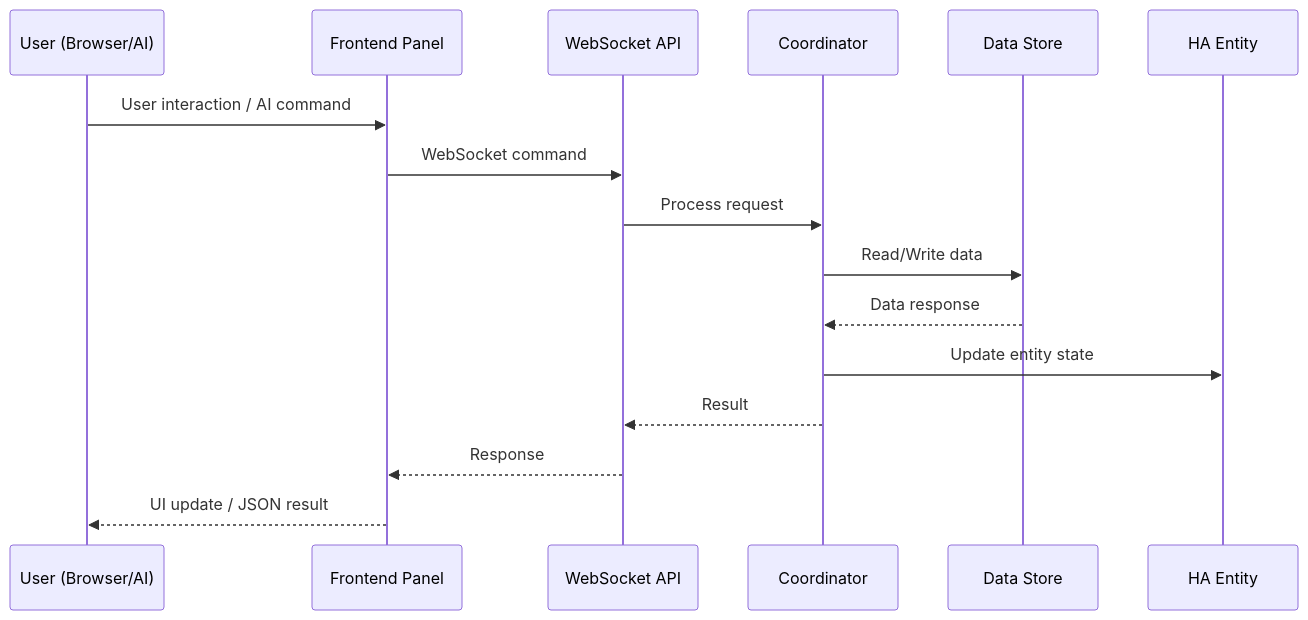
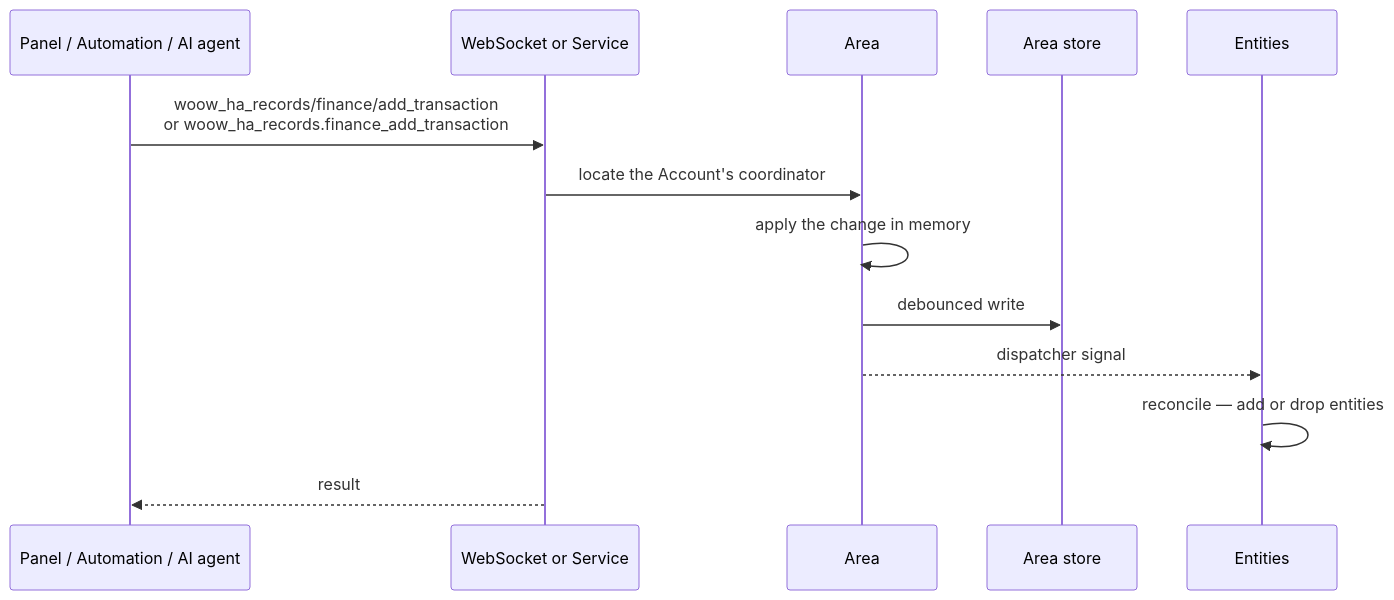
One commit to WOOWTECH/Woow_ha_records changed the second of 2 diagrams in README.md. Above: the diagram before and after it, drawn with Mermaid. The commit also changed other lines of this file and 14 other files, not shown here.

````diff
--- a/README.md
+++ b/README.md
@@ -314,19 +300,16 @@
 ```mermaid
 sequenceDiagram
-    participant U as User (Browser/AI)
-    participant P as Frontend Panel
-    participant W as WebSocket API
-    participant C as Coordinator
-    participant S as Data Store
-    participant E as HA Entity
+    participant U as Panel / Automation / AI agent
+    participant W as WebSocket or Service
+    participant A as Area
+    participant S as Area store
+    participant E as Entities
 
-    U->>P: User interaction / AI command
-    P->>W: WebSocket command
-    W->>C: Process request
-    C->>S: Read/Write data
-    S-->>C: Data response
-    C->>E: Update entity state
-    C-->>W: Result
-    W-->>P: Response
-    P-->>U: UI update / JSON result
+    U->>W: woow_ha_records/finance/add_transaction<br/>or woow_ha_records.finance_add_transaction
+    W->>A: locate the Account's coordinator
+    A->>A: apply the change in memory
+    A->>S: debounced write
+    A-->>E: dispatcher signal
+    E->>E: reconcile — add or drop entities
+    W-->>U: result
 ```
````
